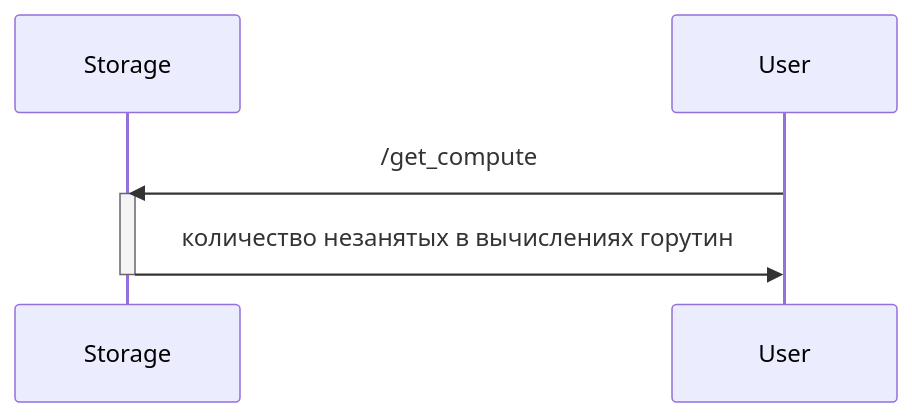
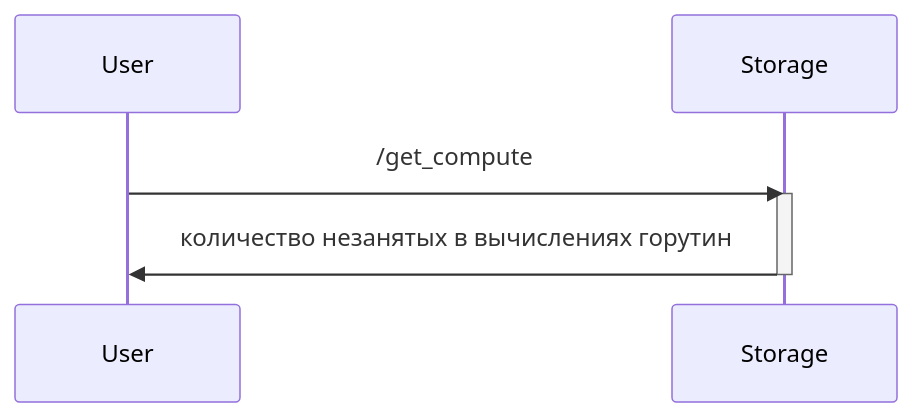
One commit to XJIeI5/calculator changed the tenth of 10 diagrams in README.md. Above: the diagram before and after it, drawn with Mermaid. The commit also changed other lines of this file, not shown here.

````diff
--- a/README.md
+++ b/README.md
@@ -282,10 +282,10 @@
 ```mermaid
 sequenceDiagram
+participant U as User
 participant S as Storage
-participant U as User
 
 U->>S: /get_compute
 activate S
 S->>U: количество незанятых в вычислениях горутин
 deactivate S
 ```
````
